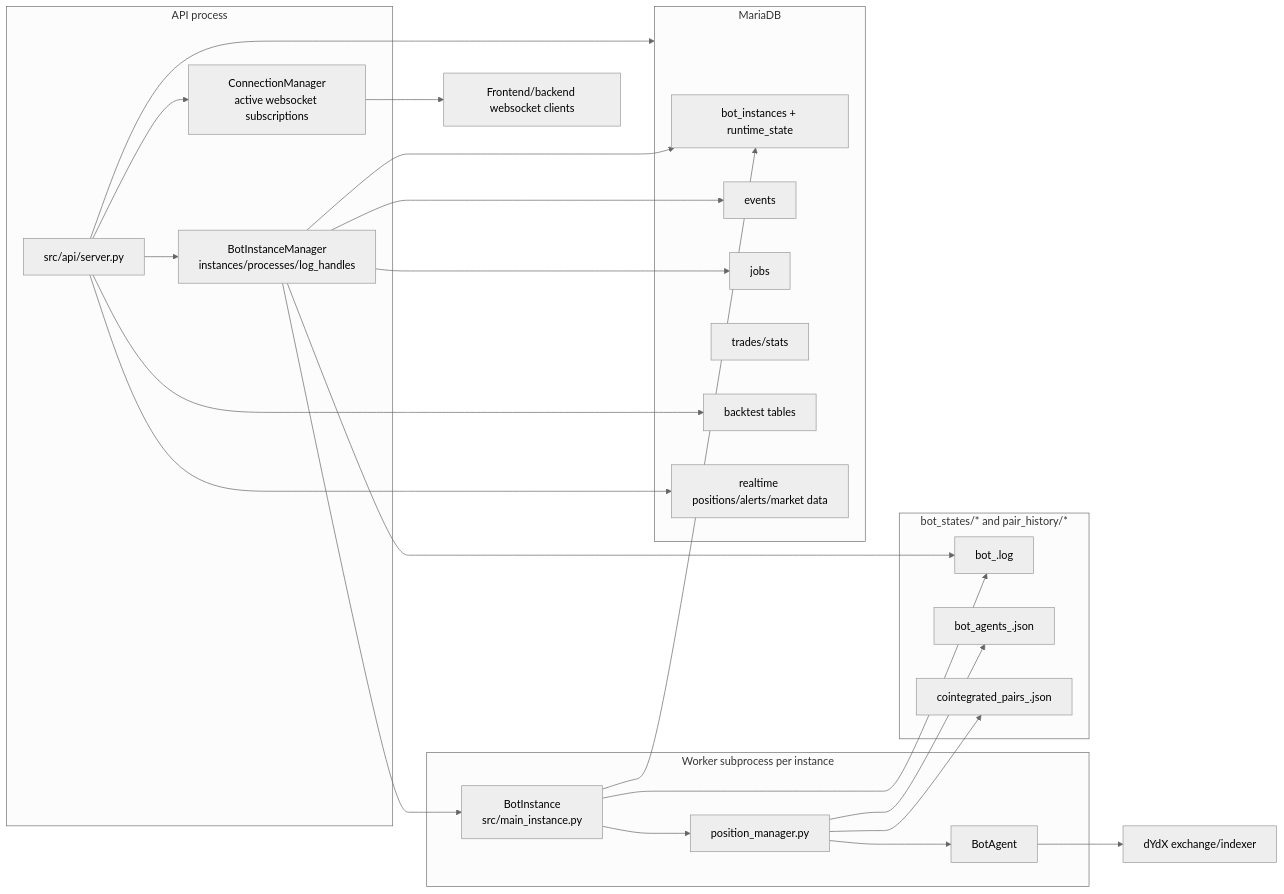
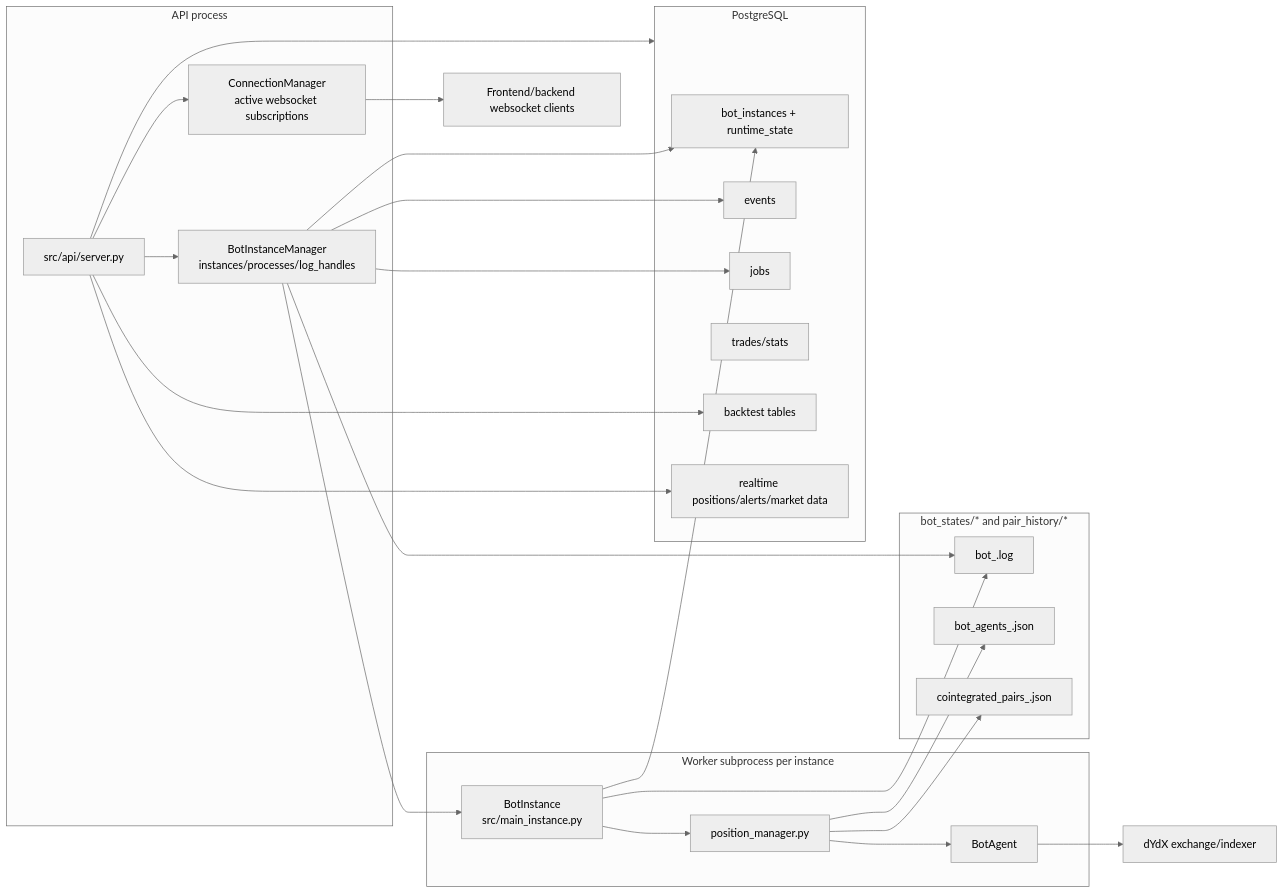
Before and after one commit to cploutarchou/dydx-trading-bot: the ninth of 9 diagrams in bot/docs/BOT_FLOWS.md, drawn with Mermaid (neutral theme). The commit also changed other lines of this file and 51 other files, not shown here.

Commit message:
feat: update infrastructure configuration for PostgreSQL and Valkey integration

````diff
--- a/bot/docs/BOT_FLOWS.md
+++ b/bot/docs/BOT_FLOWS.md
@@ -546,48 +546,48 @@
 ```mermaid
 flowchart LR
     subgraph APIProcess["API process"]
         API["src/api/server.py"]
         Manager["BotInstanceManager<br/>instances/processes/log_handles"]
         WS["ConnectionManager<br/>active websocket subscriptions"]
     end
 
     subgraph WorkerProcess["Worker subprocess per instance"]
         Worker["BotInstance<br/>src/main_instance.py"]
         EntryExit["position_manager.py"]
         Agent["BotAgent"]
     end
 
     subgraph Files["bot_states/* and pair_history/*"]
         LogFile["bot_<id>.log"]
         AgentsFile["bot_agents_<id>.json"]
         PairsFile["cointegrated_pairs_<id>.json"]
     end
 
-    subgraph Database["MariaDB"]
+    subgraph Database["PostgreSQL"]
         Bots["bot_instances + runtime_state"]
         Events["events"]
         Jobs["jobs"]
         Trades["trades/stats"]
         Backtests["backtest tables"]
         Realtime["realtime positions/alerts/market data"]
     end
 
     API --> Manager
     API --> Database
     API --> WS
     Manager --> Bots
     Manager --> Events
     Manager --> Jobs
     Manager --> LogFile
     Manager --> Worker
     Worker --> Bots
     Worker --> LogFile
     Worker --> EntryExit
     EntryExit --> AgentsFile
     EntryExit --> PairsFile
     EntryExit --> Agent
     Agent --> Exchange["dYdX exchange/indexer"]
     API --> Backtests
     API --> Realtime
     WS --> Client["Frontend/backend websocket clients"]
 ```
````
